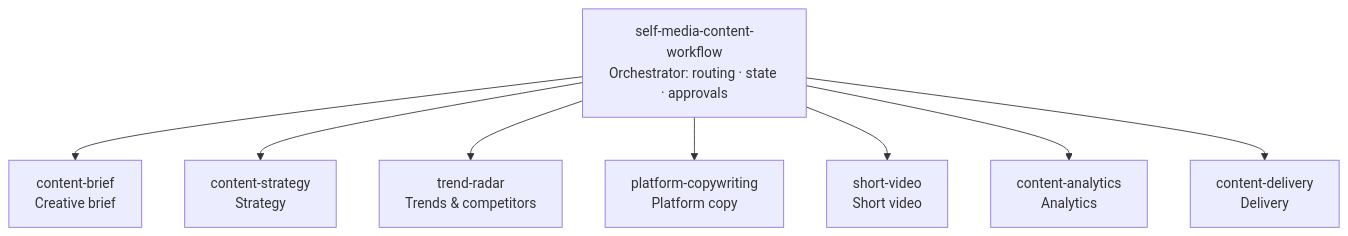
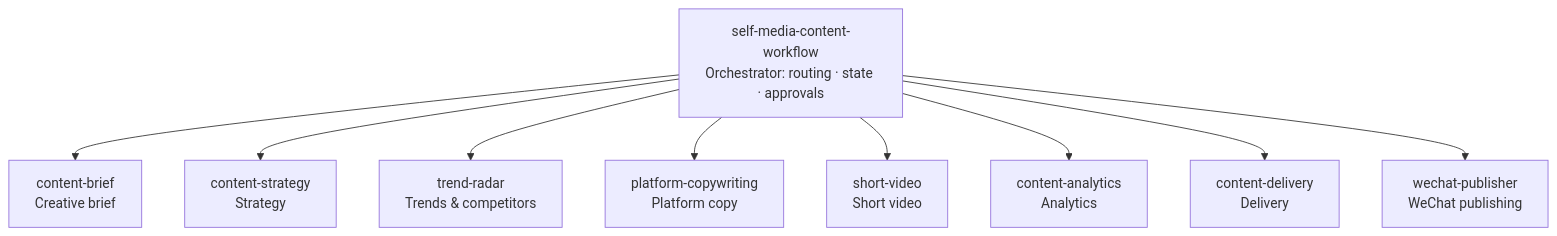
Before and after one commit to huangzigen666/self-media-content-workflow: the diagram in README.en.md, drawn with Mermaid. The commit also changed other lines of this file and 12 other files, not shown here.

First line of the commit message:
feat(self-media-wechat-publisher): add wechat draft publishing module

````diff
--- a/README.en.md
+++ b/README.en.md
@@ -19,11 +19,12 @@
 ```mermaid
 graph TD
     W["self-media-content-workflow<br/>Orchestrator: routing · state · approvals"]
     W --> B["content-brief<br/>Creative brief"]
     W --> S["content-strategy<br/>Strategy"]
     W --> R["trend-radar<br/>Trends & competitors"]
     W --> C["platform-copywriting<br/>Platform copy"]
     W --> V["short-video<br/>Short video"]
     W --> A["content-analytics<br/>Analytics"]
     W --> D["content-delivery<br/>Delivery"]
+    W --> P["wechat-publisher<br/>WeChat publishing"]
 ```
````
